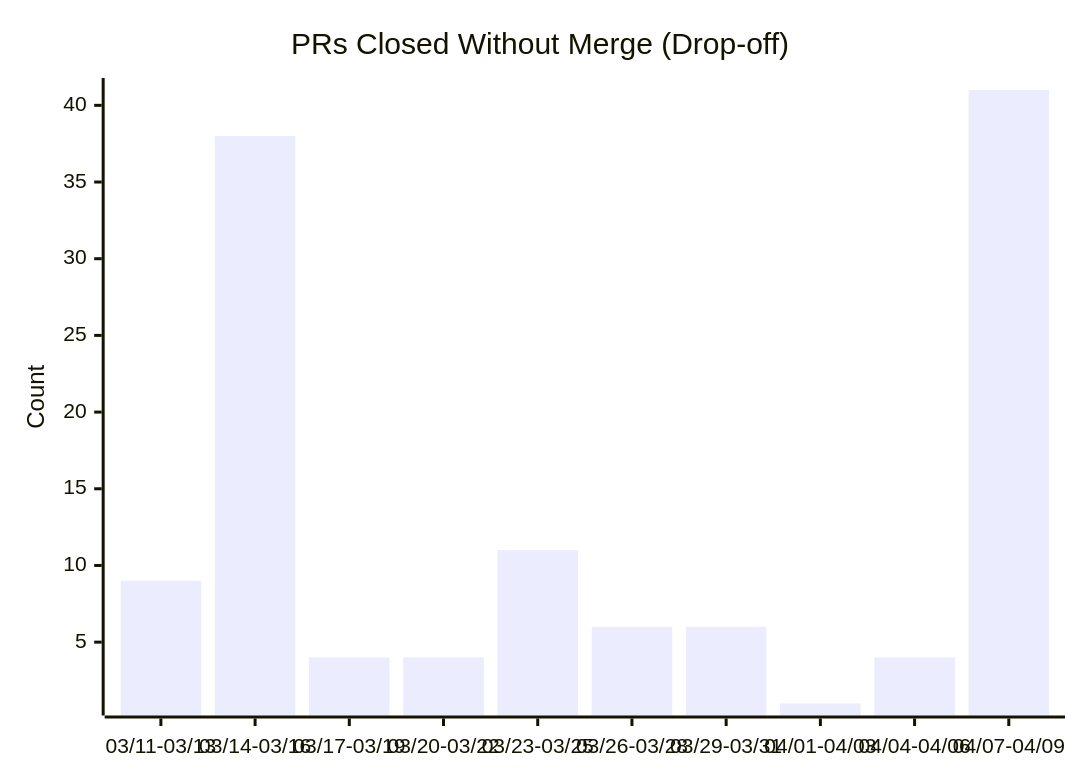
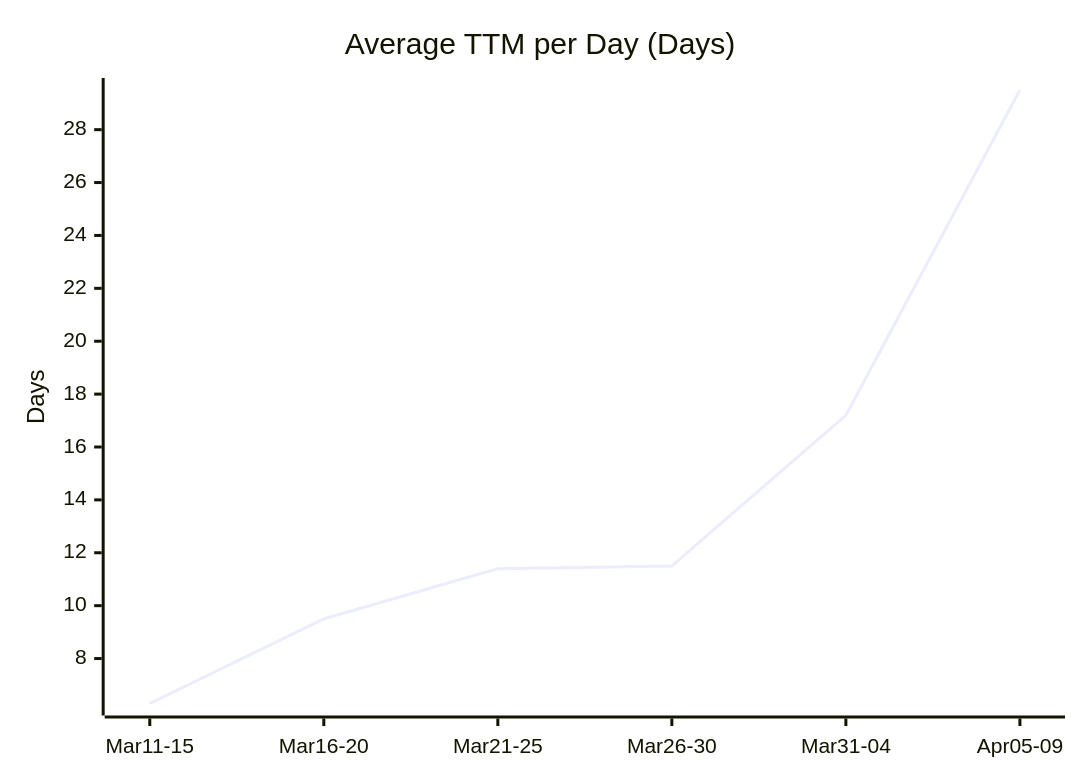
Before and after one commit to cocosheng-g/gemini-cli: the sixth of 6 diagrams in triage/CONTRIBUTION_METRICS.md, drawn with Mermaid. The commit also changed other lines of this file, not shown here.

````diff
--- a/triage/CONTRIBUTION_METRICS.md
+++ b/triage/CONTRIBUTION_METRICS.md
@@ -76,7 +77,7 @@
 ```mermaid
 xychart-beta
-    title "PRs Closed Without Merge (Drop-off)"
-    x-axis ["03/11-03/13", "03/14-03/16", "03/17-03/19", "03/20-03/22", "03/23-03/25", "03/26-03/28", "03/29-03/31", "04/01-04/03", "04/04-04/06", "04/07-04/09"]
-    y-axis "Count"
-    bar [9, 38, 4, 4, 11, 6, 6, 1, 4, 41]
+    title "Average TTM per Day (Days)"
+    x-axis ["Mar11-15", "Mar16-20", "Mar21-25", "Mar26-30", "Mar31-04", "Apr05-09"]
+    y-axis "Days"
+    line [6.3, 9.5, 11.4, 11.5, 17.2, 29.5]
 ```
````
